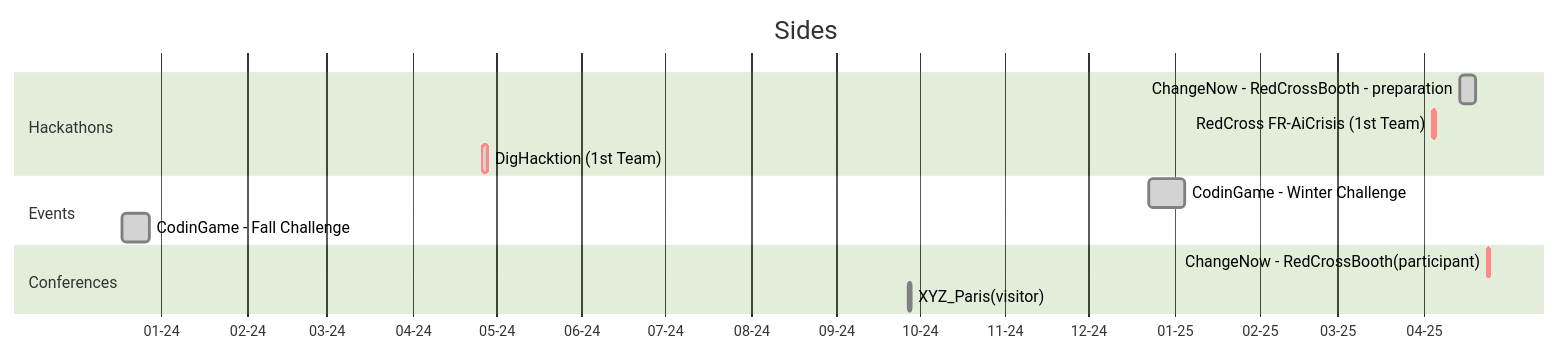
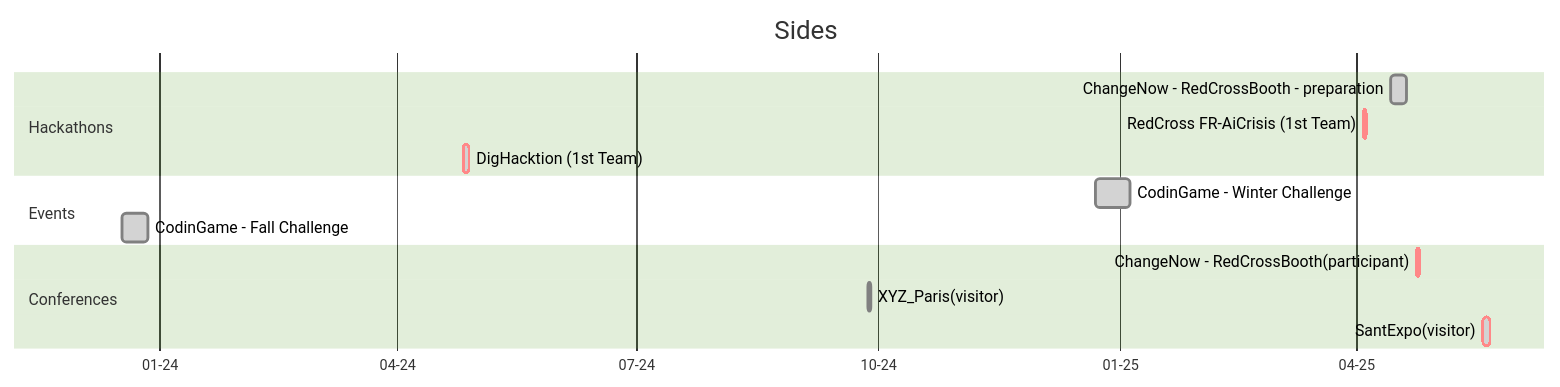
The third of 3 diagrams in README.md (Tablerase/42_Projects), drawn with Mermaid (forest theme) before and after one commit. The commit also changed other lines of this file and 1 other file, not shown here.

Commit message:
refactor: update to timeline and git infos

````diff
--- a/README.md
+++ b/README.md
@@ -185,20 +189,21 @@
 ```mermaid
 gantt
     title Sides
     dateFormat  YYYY-MM-DD
     axisFormat %m-%y
     todayMarker on
 
     section Hackathons
     ChangeNow - RedCrossBooth - preparation : done, 2025-04-14, 2025-04-20
     RedCross FR-AiCrisis (1st Team) : crit, done, 2025-04-04, 2025-04-05
     DigHacktion (1st Team) : crit, done, 2024-04-26, 2024-04-28
 
     section Events
     CodinGame - Winter Challenge : done, 2024-12-23, 2025-01-05
     CodinGame - Fall Challenge : done, 2023-12-18, 2023-12-28
 
     section Conferences
     ChangeNow - RedCrossBooth(participant) : crit, done, 2025-04-24, 2025-04-25
     XYZ_Paris(visitor) : done, 2024-09-27, 1d
+    SantExpo(visitor) : crit, done, 2025-05-19, 3d
 ```
````
